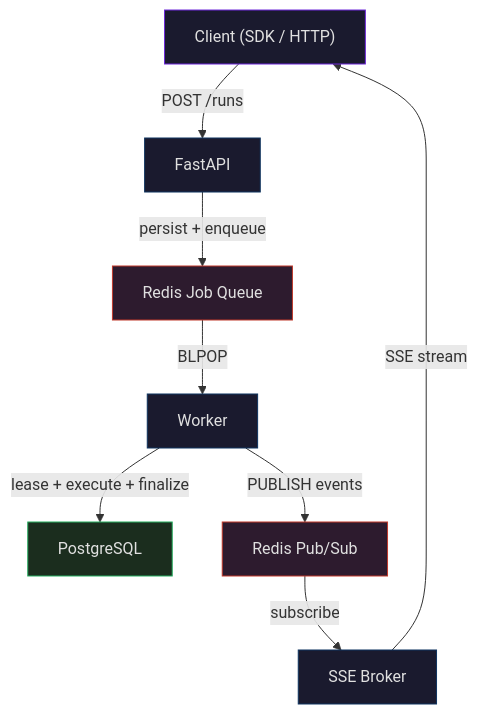
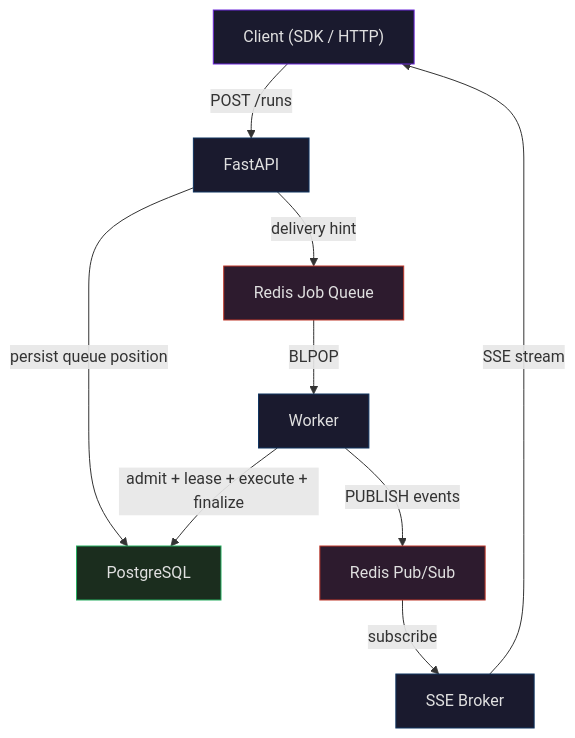
One commit to Z360BIZ-LLC/aegra changed the first of 6 diagrams in docs/guides/worker-architecture.mdx. Above: the diagram before and after it, drawn with Mermaid. The commit also changed other lines of this file and 6 other files, not shown here.

````diff
--- a/docs/guides/worker-architecture.mdx
+++ b/docs/guides/worker-architecture.mdx
@@ -16,26 +20,27 @@
 ```mermaid
 flowchart TD
     Client["Client (SDK / HTTP)"]
     API["FastAPI"]
     Redis["Redis Job Queue"]
     Worker["Worker"]
     PG["PostgreSQL"]
     PubSub["Redis Pub/Sub"]
     Broker["SSE Broker"]
 
     Client -->|POST /runs| API
-    API -->|persist + enqueue| Redis
+    API -->|delivery hint| Redis
+    API -->|persist queue position| PG
     Redis -->|BLPOP| Worker
-    Worker -->|lease + execute + finalize| PG
+    Worker -->|admit + lease + execute + finalize| PG
     Worker -->|PUBLISH events| PubSub
     PubSub -->|subscribe| Broker
     Broker -->|SSE stream| Client
 
     style Client fill:#1a1a2e,stroke:#6d28d9,color:#e0e0e0
     style API fill:#1a1a2e,stroke:#0f3460,color:#e0e0e0
     style Worker fill:#1a1a2e,stroke:#0f3460,color:#e0e0e0
     style Broker fill:#1a1a2e,stroke:#0f3460,color:#e0e0e0
     style Redis fill:#2d1b2e,stroke:#c0392b,color:#e0e0e0
     style PubSub fill:#2d1b2e,stroke:#c0392b,color:#e0e0e0
     style PG fill:#1b2d1e,stroke:#27ae60,color:#e0e0e0
 ```
````
